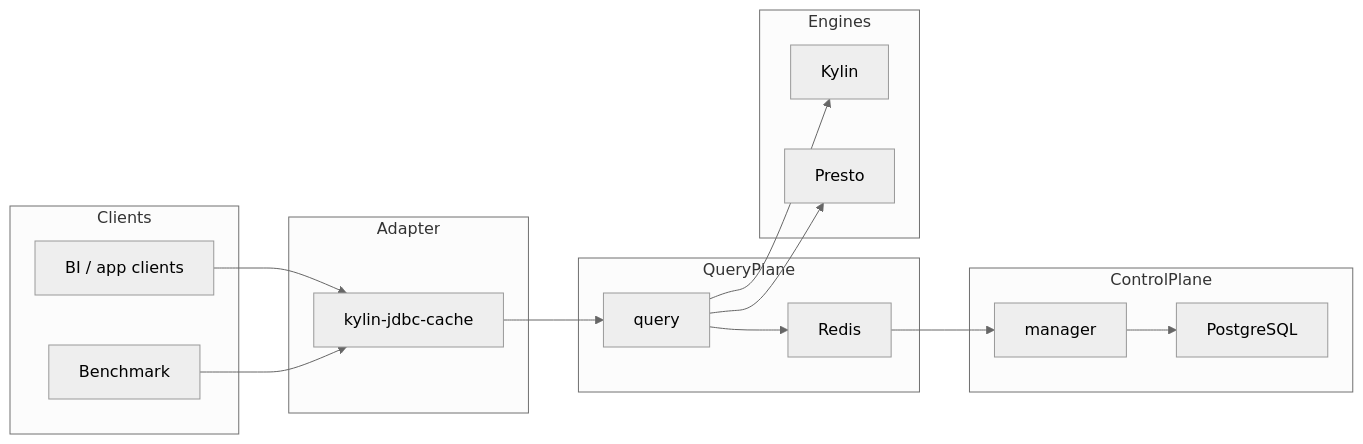
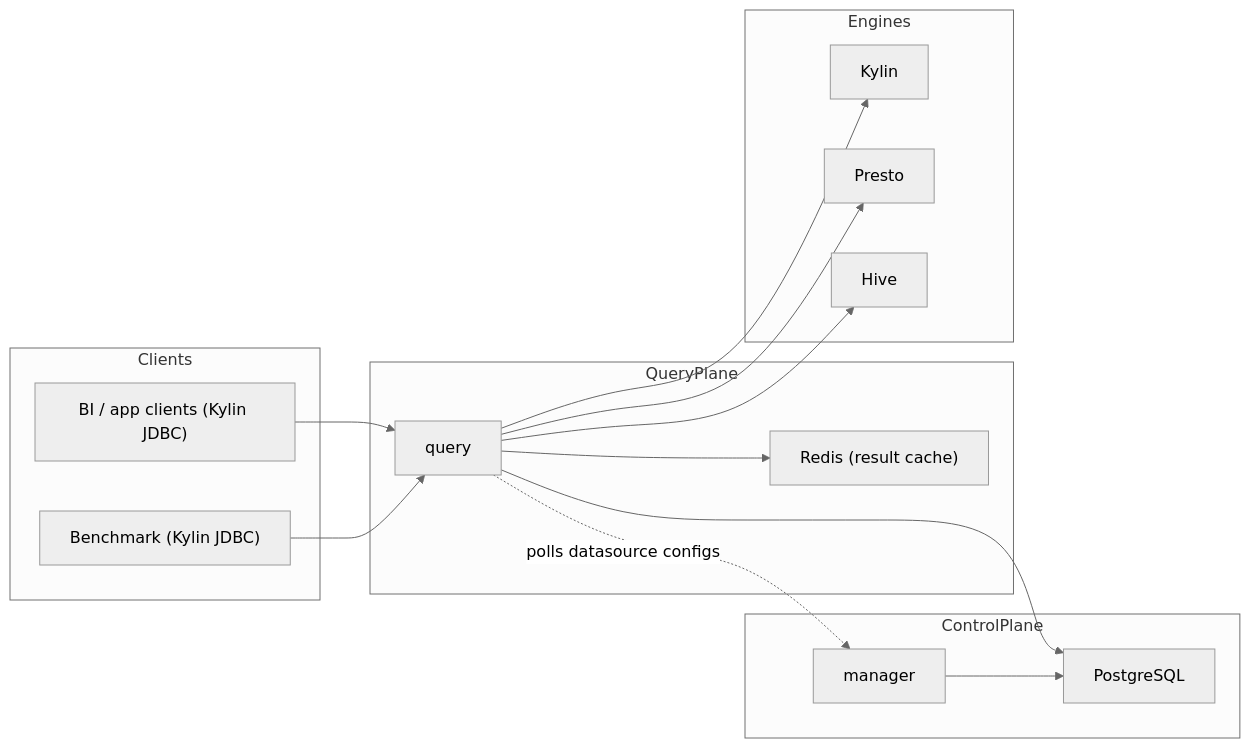
One commit to SfcFromSx/easy-engine changed the diagram in docs/architecture/runtime-topology.md. Above: the diagram before and after it, drawn with Mermaid (neutral theme). The commit also changed other lines of this file and 18 other files, not shown here.

First line of the commit message:
arch: redesign engine — replace kylin-jdbc-cache with direct Kylin JDBC path

````diff
--- a/docs/architecture/runtime-topology.md
+++ b/docs/architecture/runtime-topology.md
@@ -5,35 +5,33 @@
 ```mermaid
 flowchart LR
   subgraph Clients
-    BI["BI / app clients"]
-    Bench["Benchmark"]
-  end
-
-  subgraph Adapter
-    CacheJdbc["kylin-jdbc-cache"]
+    BI["BI / app clients (Kylin JDBC)"]
+    Bench["Benchmark (Kylin JDBC)"]
   end
 
   subgraph QueryPlane
     Query["query"]
-    Redis["Redis"]
+    Redis["Redis (result cache)"]
   end
 
   subgraph ControlPlane
     Manager["manager"]
     PG["PostgreSQL"]
   end
 
   subgraph Engines
     Kylin["Kylin"]
     Presto["Presto"]
+    Hive["Hive"]
   end
 
-  BI --> CacheJdbc
-  Bench --> CacheJdbc
-  CacheJdbc --> Query
+  BI --> Query
+  Bench --> Query
   Query --> Redis
   Query --> Kylin
   Query --> Presto
-  Redis --> Manager
+  Query --> Hive
+  Query --> PG
   Manager --> PG
+  Query -.->|polls datasource configs| Manager
 ```
````
